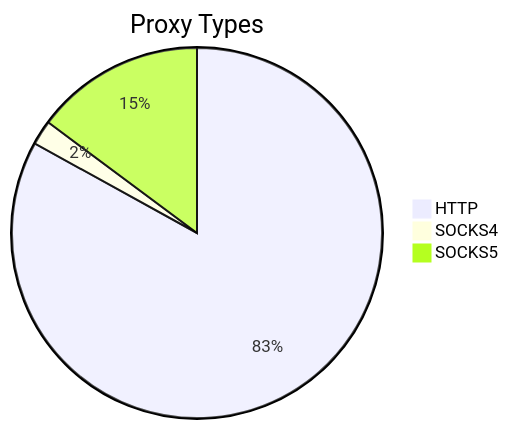
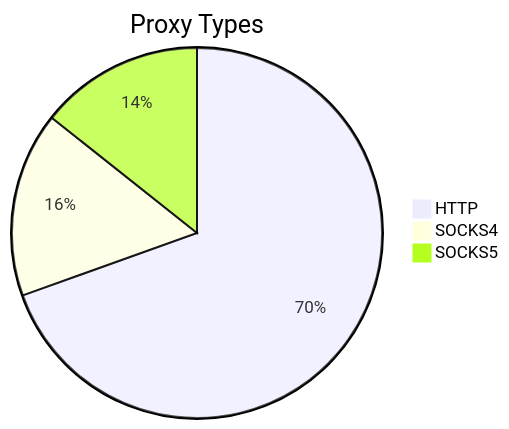
The first of 2 diagrams in README.md (stormsia/proxy-list), drawn with Mermaid before and after one commit. The commit also changed other lines of this file, not shown here.

````diff
--- a/README.md
+++ b/README.md
@@ -21,6 +21,6 @@
 ```mermaid
 pie title Proxy Types
-    "HTTP" : 269
-    "SOCKS4" : 7
-    "SOCKS5" : 48
+    "HTTP" : 534
+    "SOCKS4" : 124
+    "SOCKS5" : 110
 ```
````
